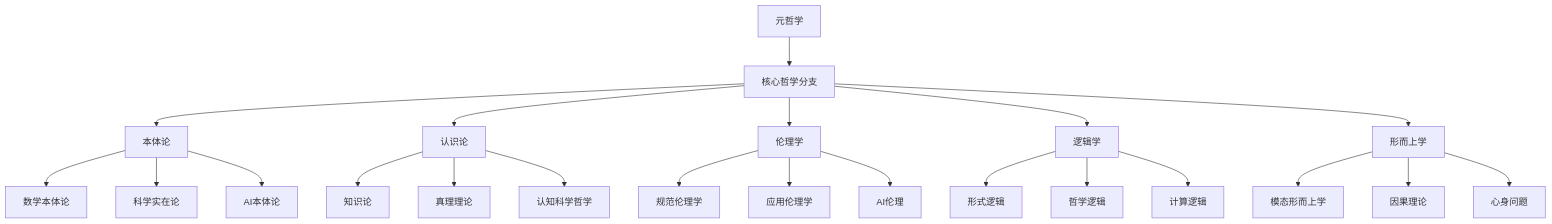
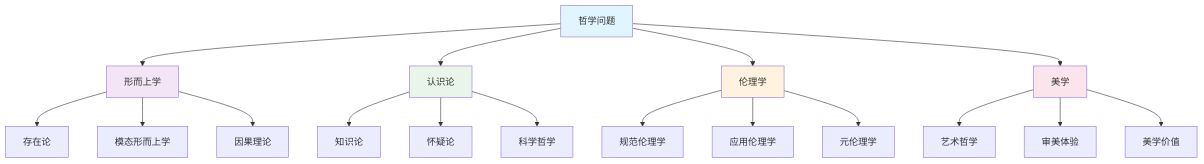
One commit to AdaMartin18010/Lean changed the first of 3 diagrams in analysis/3-哲学与科学原理/3.x-其他哲学主题.md. Above: the diagram before and after it, drawn with Mermaid. The commit also changed other lines of this file and 3 other files, not shown here.

````diff
--- a/analysis/3-哲学与科学原理/3.x-其他哲学主题.md
+++ b/analysis/3-哲学与科学原理/3.x-其他哲学主题.md
@@ -672,29 +659,29 @@
 ```mermaid
-graph TD
-    A[元哲学] --> B[核心哲学分支]
-    B --> C[本体论]
-    B --> D[认识论]
-    B --> E[伦理学]
-    B --> F[逻辑学]
-    B --> G[形而上学]
+graph TB
+    A[哲学问题] --> B[形而上学]
+    A --> C[认识论]
+    A --> D[伦理学]
+    A --> E[美学]
     
-    C --> H[数学本体论]
-    C --> I[科学实在论]
-    C --> J[AI本体论]
+    B --> F[存在论]
+    B --> G[模态形而上学]
+    B --> H[因果理论]
     
-    D --> K[知识论]
-    D --> L[真理理论]
-    D --> M[认知科学哲学]
+    C --> I[知识论]
+    C --> J[怀疑论]
+    C --> K[科学哲学]
     
-    E --> N[规范伦理学]
-    E --> O[应用伦理学]
-    E --> P[AI伦理]
+    D --> L[规范伦理学]
+    D --> M[应用伦理学]
+    D --> N[元伦理学]
     
-    F --> Q[形式逻辑]
-    F --> R[哲学逻辑]
-    F --> S[计算逻辑]
+    E --> O[艺术哲学]
+    E --> P[审美体验]
+    E --> Q[美学价值]
     
-    G --> T[模态形而上学]
-    G --> U[因果理论]
-    G --> V[心身问题]
+    style A fill:#e1f5fe
+    style B fill:#f3e5f5
+    style C fill:#e8f5e8
+    style D fill:#fff3e0
+    style E fill:#fce4ec
 ```
````
